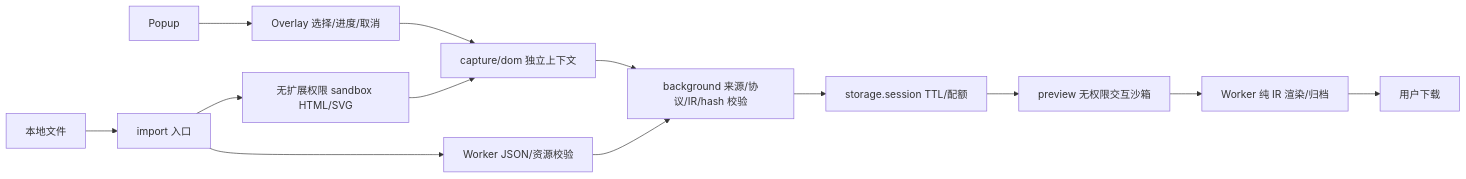
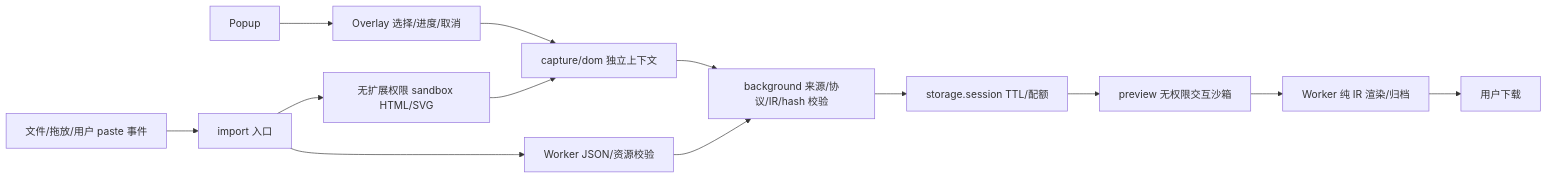
One commit to yunmin311/intelligent-ui-portability-lab changed the diagram in docs/ARCHITECTURE.md. Above: the diagram before and after it, drawn with Mermaid. The commit also changed other lines of this file and 59 other files, not shown here.

````diff
--- a/docs/ARCHITECTURE.md
+++ b/docs/ARCHITECTURE.md
@@ -7,15 +7,15 @@
 ```mermaid
 flowchart LR
  P[Popup] --> O[Overlay 选择/进度/取消]
  O --> C[capture/dom 独立上下文]
- F[本地文件] --> I[import 入口]
+ F[文件/拖放/用户 paste 事件] --> I[import 入口]
  I --> S[无扩展权限 sandbox HTML/SVG]
  S --> C
  I --> W[Worker JSON/资源校验]
  C --> B[background 来源/协议/IR/hash 校验]
  W --> B
  B --> SS[storage.session TTL/配额]
  SS --> V[preview 无权限交互沙箱]
  V --> R[Worker 纯 IR 渲染/归档]
  R --> D[用户下载]
 ```
````
